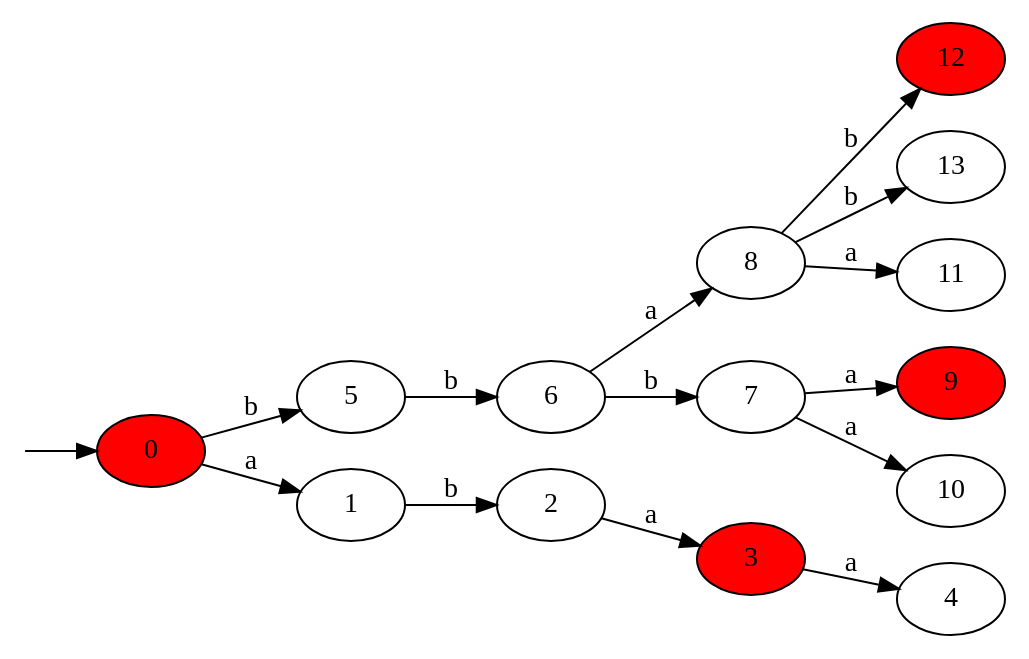
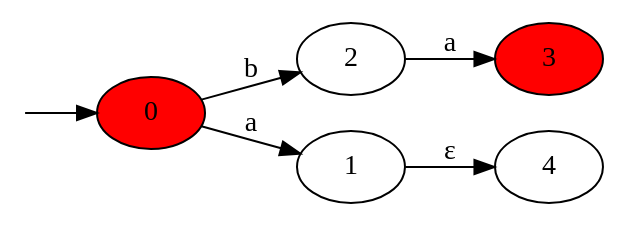
The diagram in graph/automaton.dot (Nerfiti/MIPT_FORMAL_AUTOMATON_ALGORITHMS), drawn with Graphviz before and after one commit. The commit also changed 6 other files, not shown here.

```diff
--- a/graph/automaton.dot
+++ b/graph/automaton.dot
@@ -1,23 +1,12 @@
 digraph {
 rankdir=LR
 fictitious [shape=point, label="", width=0, height=0]
 
 fictitious -> 0
 0 [fillcolor=red, style=filled]
 3 [fillcolor=red, style=filled]
-9 [fillcolor=red, style=filled]
-12 [fillcolor=red, style=filled]
-0 -> 5 [label=b]
-5 -> 6 [label=b]
-6 -> 8 [label=a]
-8 -> 12 [label=b]
-8 -> 13 [label=b]
-8 -> 11 [label=a]
-6 -> 7 [label=b]
-7 -> 9 [label=a]
-7 -> 10 [label=a]
+0 -> 2 [label=b]
+2 -> 3 [label=a]
 0 -> 1 [label=a]
-1 -> 2 [label=b]
-2 -> 3 [label=a]
-3 -> 4 [label=a]
+1 -> 4 [label=ε]
 }
```
